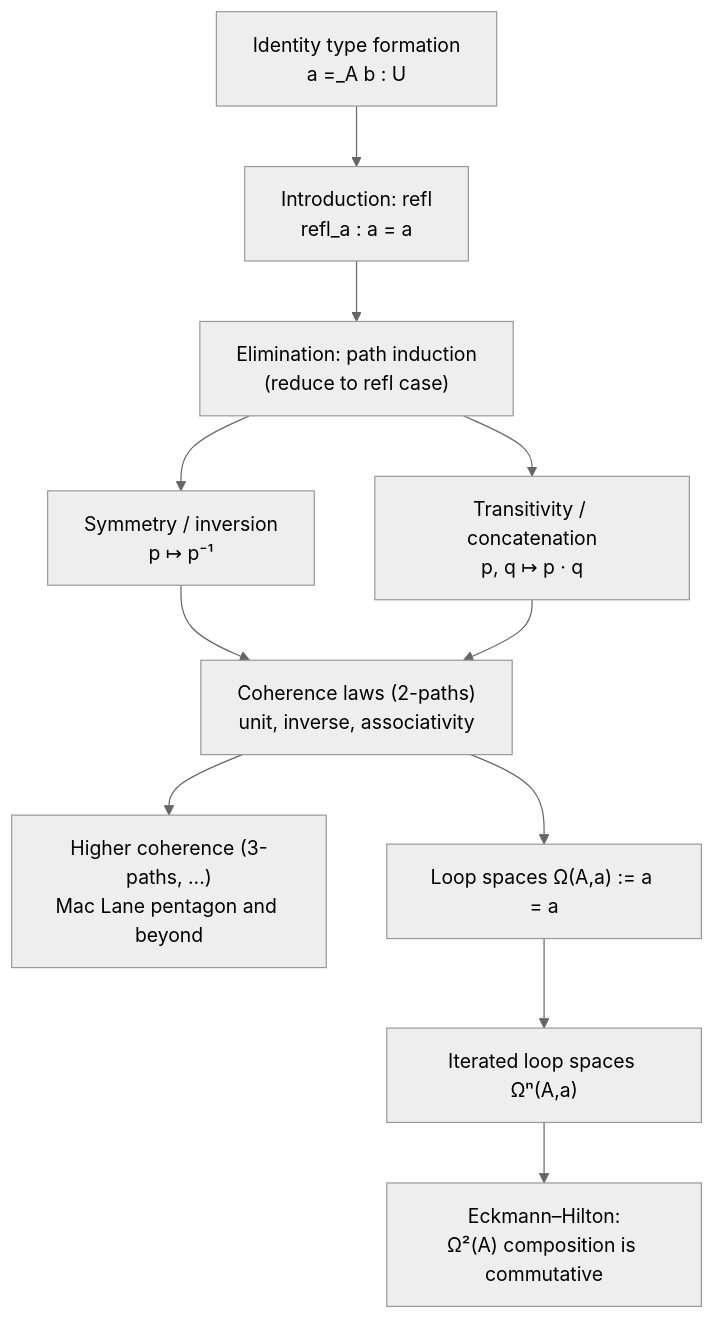
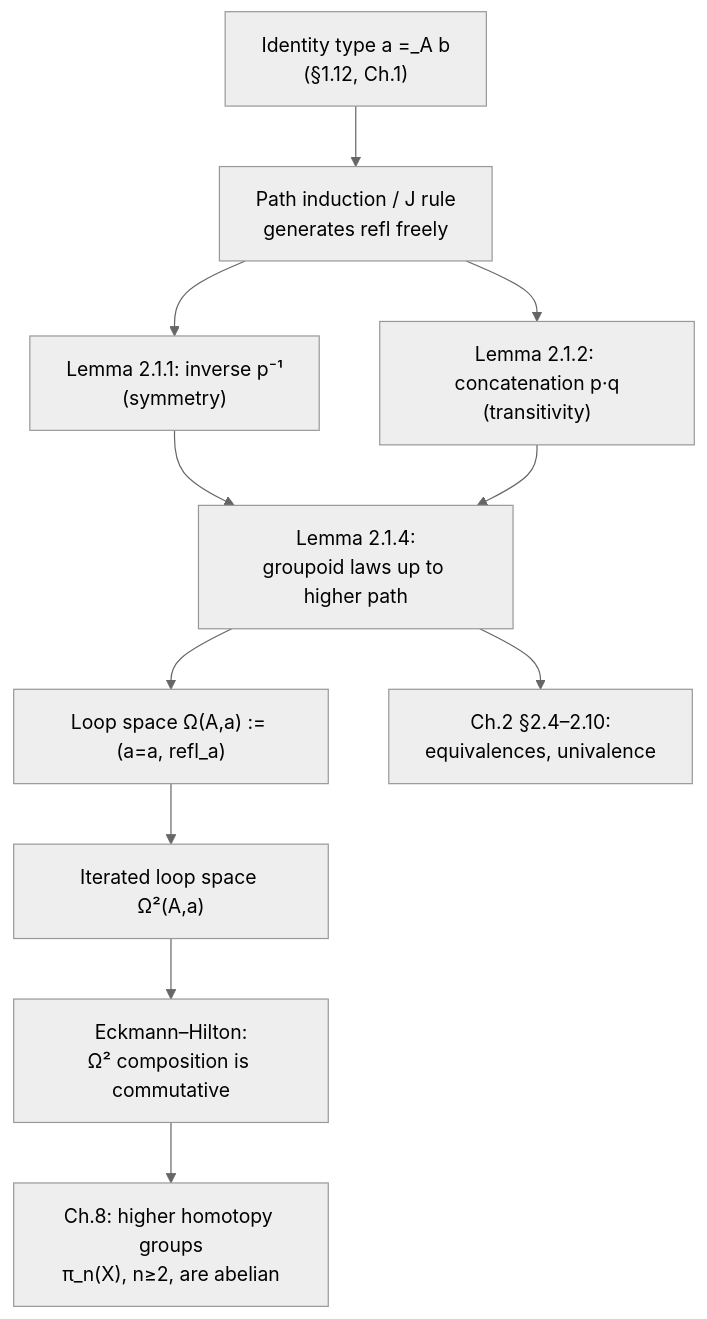
Before and after one commit to superoptimo/type_theory_vaults: the diagram in 14_homotopy_type_theory/Identity-Types-and-Path-Structure.md, drawn with Mermaid (neutral theme). The commit also changed other lines of this file and 1097 other files, not shown here.

Commit message:
Update vaults books with learning roadmaps

````diff
--- a/14_homotopy_type_theory/Identity-Types-and-Path-Structure.md
+++ b/14_homotopy_type_theory/Identity-Types-and-Path-Structure.md
@@ -171,13 +117,13 @@
 ```mermaid
-flowchart TB
-    A["Identity type formation<br/>a =_A b : U"] --> B["Introduction: refl<br/>refl_a : a = a"]
-    B --> C["Elimination: path induction<br/>(reduce to refl case)"]
-    C --> D["Symmetry / inversion<br/>p ↦ p⁻¹"]
-    C --> E["Transitivity / concatenation<br/>p, q ↦ p · q"]
-    D --> F["Coherence laws (2-paths)<br/>unit, inverse, associativity"]
-    E --> F
-    F --> G["Higher coherence (3-paths, ...)<br/>Mac Lane pentagon and beyond"]
-    F --> H["Loop spaces Ω(A,a) := a = a"]
-    H --> I["Iterated loop spaces Ωⁿ(A,a)"]
-    I --> J["Eckmann–Hilton:<br/>Ω²(A) composition is commutative"]
+graph TD
+    A["Identity type a =_A b<br/>(§1.12, Ch.1)"] --> B["Path induction / J rule<br/>generates refl freely"]
+    B --> C["Lemma 2.1.1: inverse p⁻¹<br/>(symmetry)"]
+    B --> D["Lemma 2.1.2: concatenation p·q<br/>(transitivity)"]
+    C --> E["Lemma 2.1.4:<br/>groupoid laws up to higher path"]
+    D --> E
+    E --> F["Loop space Ω(A,a) := (a=a, refl_a)"]
+    F --> G["Iterated loop space Ω²(A,a)"]
+    G --> H["Eckmann–Hilton:<br/>Ω² composition is commutative"]
+    H --> I["Ch.8: higher homotopy groups<br/>π_n(X), n≥2, are abelian"]
+    E --> J["Ch.2 §2.4–2.10:<br/>equivalences, univalence"]
 ```
````
